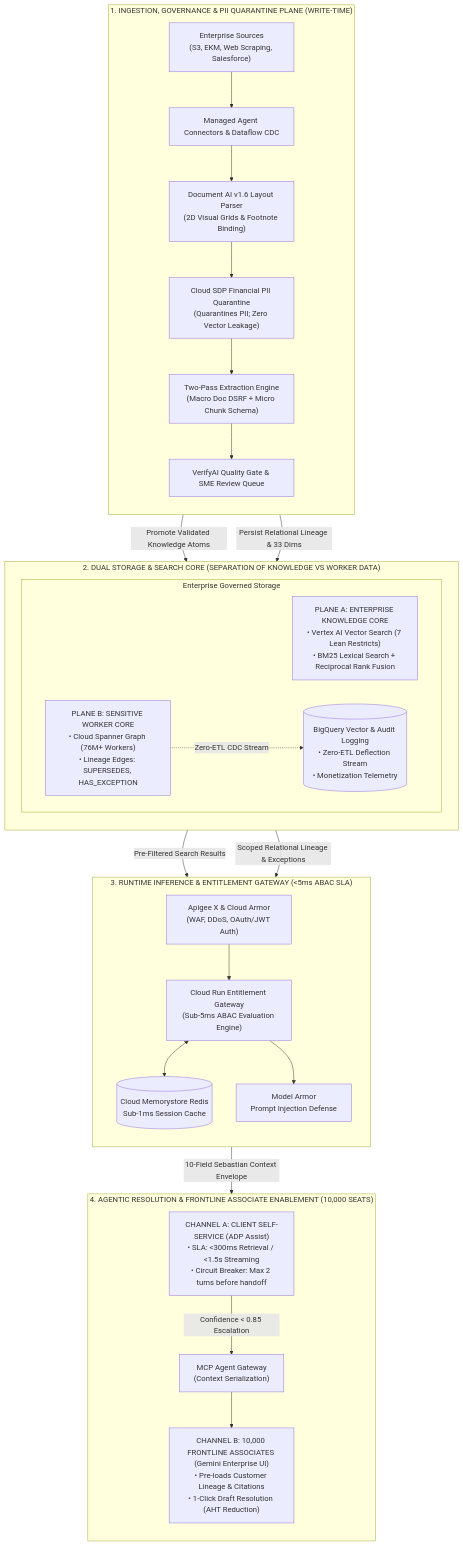
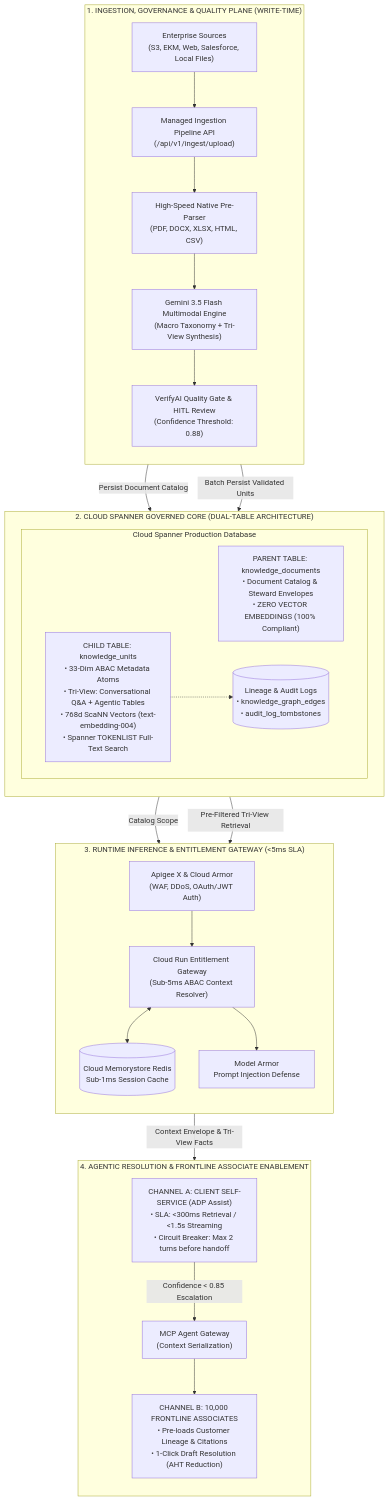
Before and after one commit to sharnendradey/adp-document-ingestor: the fifth of 5 diagrams in research/adp_metadata_and_dsrf_architecture_master_guide.md, drawn with Mermaid. The commit also changed other lines of this file and 24 other files, not shown here.

Commit message:
feat: complete 40-doc Spanner ingestion, update master architecture guide with DocAI vs Gemini benchmarks, and redesign UI in enterprise white theme

````diff
--- a/research/adp_metadata_and_dsrf_architecture_master_guide.md
+++ b/research/adp_metadata_and_dsrf_architecture_master_guide.md
@@ -1033,48 +1189,47 @@
 ```mermaid
 flowchart TD
-    subgraph Plane1 ["1. INGESTION, GOVERNANCE & PII QUARANTINE PLANE (WRITE-TIME)"]
+    subgraph Plane1 ["1. INGESTION, GOVERNANCE & QUALITY PLANE (WRITE-TIME)"]
         direction TB
-        Sources["Enterprise Sources<br/>(S3, EKM, Web Scraping, Salesforce)"] --> Connectors["Managed Agent Connectors & Dataflow CDC"]
-        Connectors --> DocAI["Document AI v1.6 Layout Parser<br/>(2D Visual Grids & Footnote Binding)"]
-        DocAI --> SDP["Cloud SDP Financial PII Quarantine<br/>(Quarantines PII; Zero Vector Leakage)"]
-        SDP --> TwoPass["Two-Pass Extraction Engine<br/>(Macro Doc DSRF + Micro Chunk Schema)"]
-        TwoPass --> VerifyAI["VerifyAI Quality Gate & SME Review Queue"]
+        Sources["Enterprise Sources<br/>(S3, EKM, Web, Salesforce, Local Files)"] --> Connectors["Managed Ingestion Pipeline API<br/>(/api/v1/ingest/upload)"]
+        Connectors --> NativeParser["High-Speed Native Pre-Parser<br/>(PDF, DOCX, XLSX, HTML, CSV)"]
+        NativeParser --> GeminiExtractor["Gemini 3.5 Flash Multimodal Engine<br/>(Macro Taxonomy + Tri-View Synthesis)"]
+        GeminiExtractor --> VerifyAI["VerifyAI Quality Gate & HITL Review<br/>(Confidence Threshold: 0.88)"]
     end
 
-    subgraph Plane2 ["2. DUAL STORAGE & SEARCH CORE (SEPARATION OF KNOWLEDGE VS WORKER DATA)"]
+    subgraph Plane2 ["2. CLOUD SPANNER GOVERNED CORE (DUAL-TABLE ARCHITECTURE)"]
         direction TB
-        subgraph StorageLayer ["Enterprise Governed Storage"]
+        subgraph StorageLayer ["Cloud Spanner Production Database"]
             direction LR
-            PlaneA["PLANE A: ENTERPRISE KNOWLEDGE CORE<br/>• Vertex AI Vector Search (7 Lean Restricts)<br/>• BM25 Lexical Search + Reciprocal Rank Fusion"]
-            PlaneB["PLANE B: SENSITIVE WORKER CORE<br/>• Cloud Spanner Graph (76M+ Workers)<br/>• Lineage Edges: SUPERSEDES, HAS_EXCEPTION"]
-            Audit[("BigQuery Vector & Audit Logging<br/>• Zero-ETL Deflection Stream<br/>• Monetization Telemetry")]
+            ParentCat["PARENT TABLE: knowledge_documents<br/>• Document Catalog & Steward Envelopes<br/>• ZERO VECTOR EMBEDDINGS (100% Compliant)"]
+            ChildUnits["CHILD TABLE: knowledge_units<br/>• 33-Dim ABAC Metadata Atoms<br/>• Tri-View: Conversational Q&A + Agentic Tables<br/>• 768d ScaNN Vectors (text-embedding-004)<br/>• Spanner TOKENLIST Full-Text Search"]
+            AuditGraph[("Lineage & Audit Logs<br/>• knowledge_graph_edges<br/>• audit_log_tombstones")]
         end
     end
 
-    subgraph Plane3 ["3. RUNTIME INFERENCE & ENTITLEMENT GATEWAY (<5ms ABAC SLA)"]
+    subgraph Plane3 ["3. RUNTIME INFERENCE & ENTITLEMENT GATEWAY (<5ms SLA)"]
         direction TB
-        Perimeter["Apigee X & Cloud Armor<br/>(WAF, DDoS, OAuth/JWT Auth)"] --> IngressAuth["Cloud Run Entitlement Gateway<br/>(Sub-5ms ABAC Evaluation Engine)"]
-        IngressAuth <--> Redis[("Cloud Memorystore Redis<br/>Sub-1ms Session Cache")]
-        IngressAuth --> ModelArmor["Model Armor<br/>Prompt Injection Defense"]
+        Perimeter["Apigee X & Cloud Armor<br/>(WAF, DDoS, OAuth/JWT Auth)"] --> Gateway["Cloud Run Entitlement Gateway<br/>(Sub-5ms ABAC Context Resolver)"]
+        Gateway <--> Redis[("Cloud Memorystore Redis<br/>Sub-1ms Session Cache")]
+        Gateway --> ModelArmor["Model Armor<br/>Prompt Injection Defense"]
     end
 
-    subgraph Plane4 ["4. AGENTIC RESOLUTION & FRONTLINE ASSOCIATE ENABLEMENT (10,000 SEATS)"]
+    subgraph Plane4 ["4. AGENTIC RESOLUTION & FRONTLINE ASSOCIATE ENABLEMENT"]
         direction TB
         ChannelA["CHANNEL A: CLIENT SELF-SERVICE (ADP Assist)<br/>• SLA: <300ms Retrieval / <1.5s Streaming<br/>• Circuit Breaker: Max 2 turns before handoff"]
         AgentGW["MCP Agent Gateway<br/>(Context Serialization)"]
-        ChannelB["CHANNEL B: 10,000 FRONTLINE ASSOCIATES (Gemini Enterprise UI)<br/>• Pre-loads Customer Lineage & Citations<br/>• 1-Click Draft Resolution (AHT Reduction)"]
+        ChannelB["CHANNEL B: 10,000 FRONTLINE ASSOCIATES<br/>• Pre-loads Customer Lineage & Citations<br/>• 1-Click Draft Resolution (AHT Reduction)"]
         
         ChannelA -->|Confidence < 0.85 Escalation| AgentGW
         AgentGW --> ChannelB
     end
 
-    %% Clean Top-to-Bottom Cross-Plane Connectors (Zero Subgraph-to-Subgraph Links)
-    VerifyAI -->|Promote Validated Knowledge Atoms| PlaneA
-    VerifyAI -->|Persist Relational Lineage & 33 Dims| PlaneB
-    PlaneB -.->|Zero-ETL CDC Stream| Audit
+    %% Cross-Plane Relationships
+    VerifyAI -->|Persist Document Catalog| ParentCat
+    VerifyAI -->|Batch Persist Validated Units| ChildUnits
+    ChildUnits -.-> AuditGraph
 
-    PlaneA -->|Pre-Filtered Search Results| IngressAuth
-    PlaneB -->|Scoped Relational Lineage & Exceptions| IngressAuth
+    ParentCat -->|Catalog Scope| Gateway
+    ChildUnits -->|Pre-Filtered Tri-View Retrieval| Gateway
 
-    IngressAuth -->|10-Field Sebastian Context Envelope| ChannelA
+    Gateway -->|Context Envelope & Tri-View Facts| ChannelA
 ```
````
